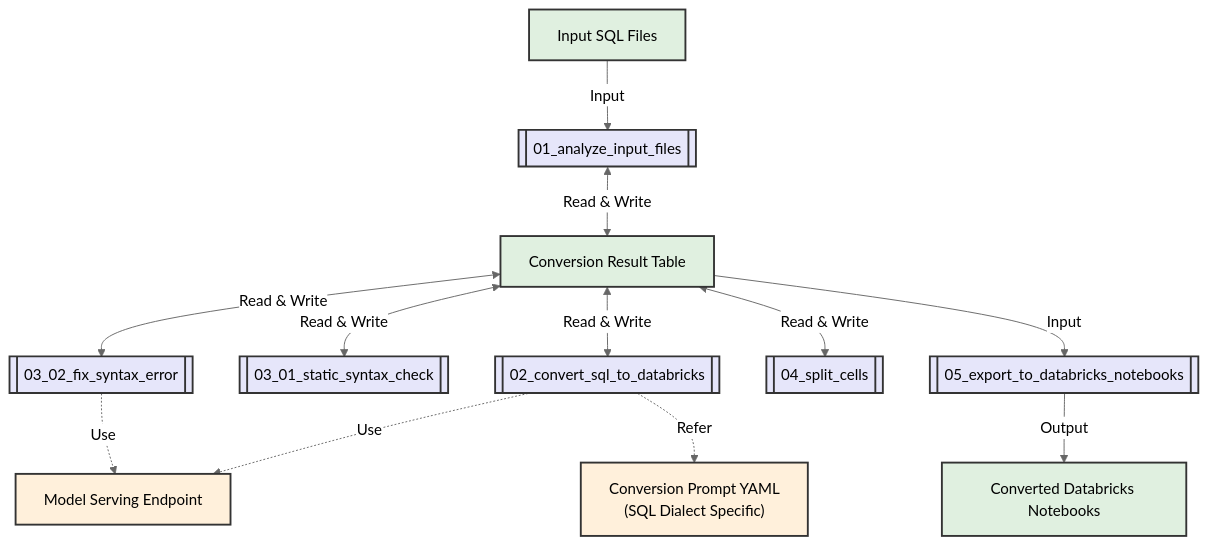
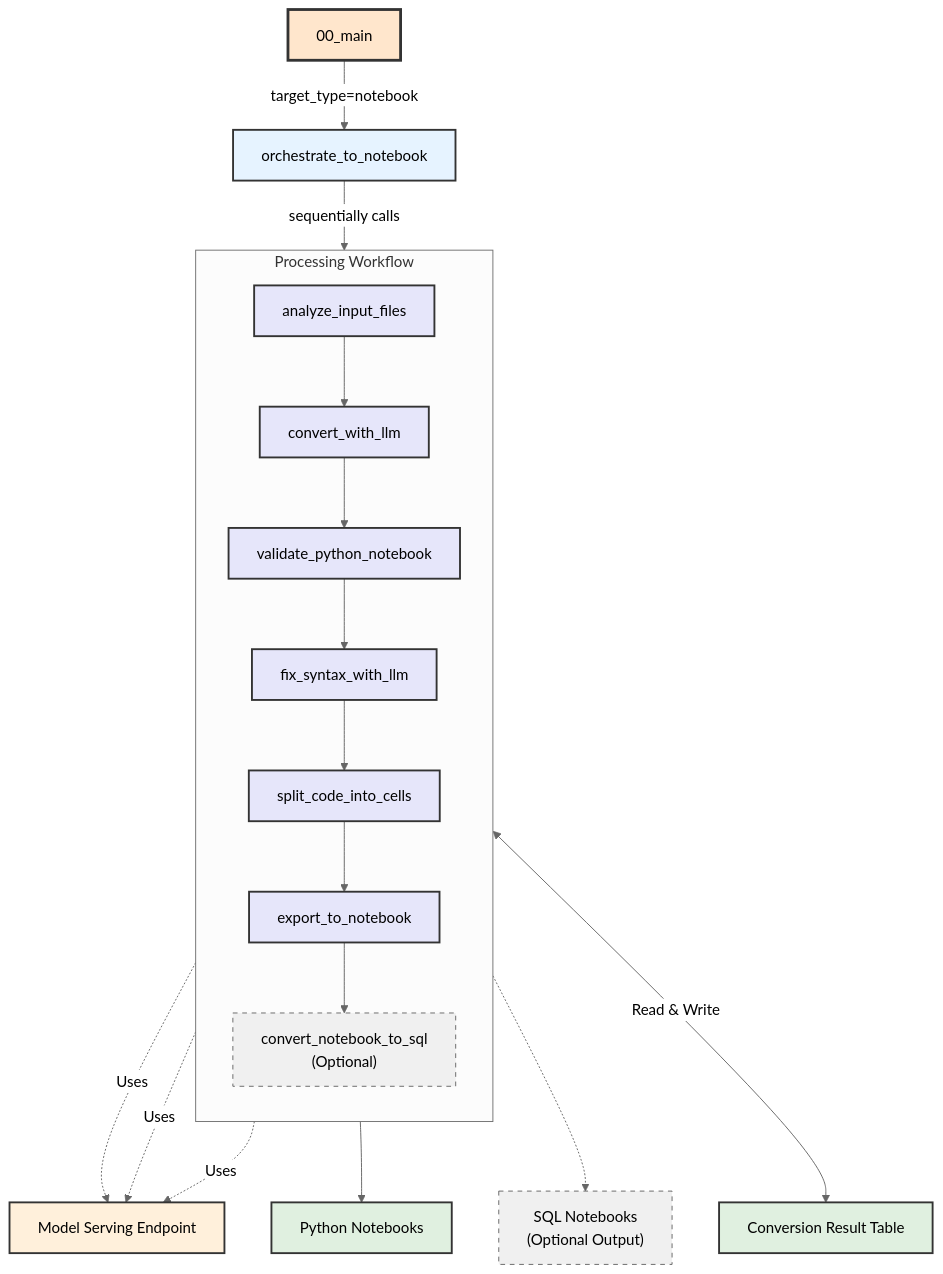
The diagram in docs/lakebridge/docs/transpile/switch_overview.mdx (hiroyukinakazato-db/lakebridge), drawn with Mermaid (neutral theme) before and after one commit. The commit also changed other lines of this file, not shown here.

Commit message:
docs: update Switch Implementation Details to match actual architecture
- Update Main Orchestration to reflect routing behavior of 00_main.py
- Add three-layer architecture explanation (Entry Point, Orchestrators, Processors/Exporters)
- Replace Mermaid diagram with actual notebook names and execution flow
- Replace Stage 1-7 descriptions with processor-specific explanations
- Update Parameter Mapping table with accurate descriptions
- Remove outdated references and improve technical accuracy

````diff
--- a/docs/lakebridge/docs/transpile/switch_overview.mdx
+++ b/docs/lakebridge/docs/transpile/switch_overview.mdx
@@ -284,27 +284,41 @@
 ```mermaid
 flowchart TD
-    input[Input SQL Files] -->|Input| analyze[[01_analyze_input_files]]
-    analyze <-->|Read & Write| conversionTable[Conversion Result Table]
-
-    conversionTable <-->|Read & Write| convert[[02_convert_sql_to_databricks]]
-    convert -.->|Use| endpoint[Model Serving Endpoint]
-    convert -.->|Refer| prompts["Conversion Prompt YAML<br/>(SQL Dialect Specific)"]
-
-    conversionTable <-->|Read & Write| validate[[03_01_static_syntax_check]]
-
-    conversionTable <-->|Read & Write| fixErrors[[03_02_fix_syntax_error]]
-    fixErrors -.->|Use| endpoint
-
-    conversionTable <-->|Read & Write| splitCells[[04_split_cells]]
-
-    conversionTable -->|Input| export[[05_export_to_databricks_notebooks]]
-    export -->|Output| notebooks[Converted Databricks Notebooks]
+    main[00_main] -->|target_type=notebook| orchestrator[orchestrate_to_notebook]
+    
+    orchestrator -->|sequentially calls| processing
+    
+    subgraph processing ["Processing Workflow"]
+        direction TB
+        analyze[analyze_input_files] --> convert[convert_with_llm]
+        convert --> validate[validate_python_notebook]
+        validate --> fix[fix_syntax_with_llm]
+        fix --> split[split_code_into_cells]
+        split --> export[export_to_notebook]
+        export --> sqlExport["convert_notebook_to_sql<br>(Optional)"]
+    end
+    
+    processing <-->|Read & Write| table[Conversion Result Table]
+    
+    convert -.->|Uses| endpoint[Model Serving Endpoint]
+    fix -.->|Uses| endpoint
+    sqlExport -.->|Uses| endpoint
+    
+    export --> notebooks[Python Notebooks]
+    sqlExport -.-> sqlNotebooks["SQL Notebooks<br>(Optional Output)"]
 
     %% Styling
+    classDef entry fill:#FFE6CC,stroke:#333,stroke-width:3px;
+    classDef orchestrator fill:#E6F3FF,stroke:#333,stroke-width:2px;
     classDef process fill:#E6E6FA,stroke:#333,stroke-width:2px;
-    class analyze,convert,validate,fixErrors,splitCells,export process;
     classDef data fill:#E0F0E0,stroke:#333,stroke-width:2px;
-    class input,conversionTable,notebooks data;
     classDef external fill:#FFF0DB,stroke:#333,stroke-width:2px;
-    class endpoint,prompts external;
+    classDef optional fill:#F0F0F0,stroke:#666,stroke-width:1px,stroke-dasharray: 5 5;
+    
+    class main entry;
+    class orchestrator orchestrator;
+    class analyze,convert,validate,fix,split,export process;
+    class sqlExport optional;
+    class table,notebooks data;
+    class sqlNotebooks optional;
+    class endpoint external;
 ```
````
